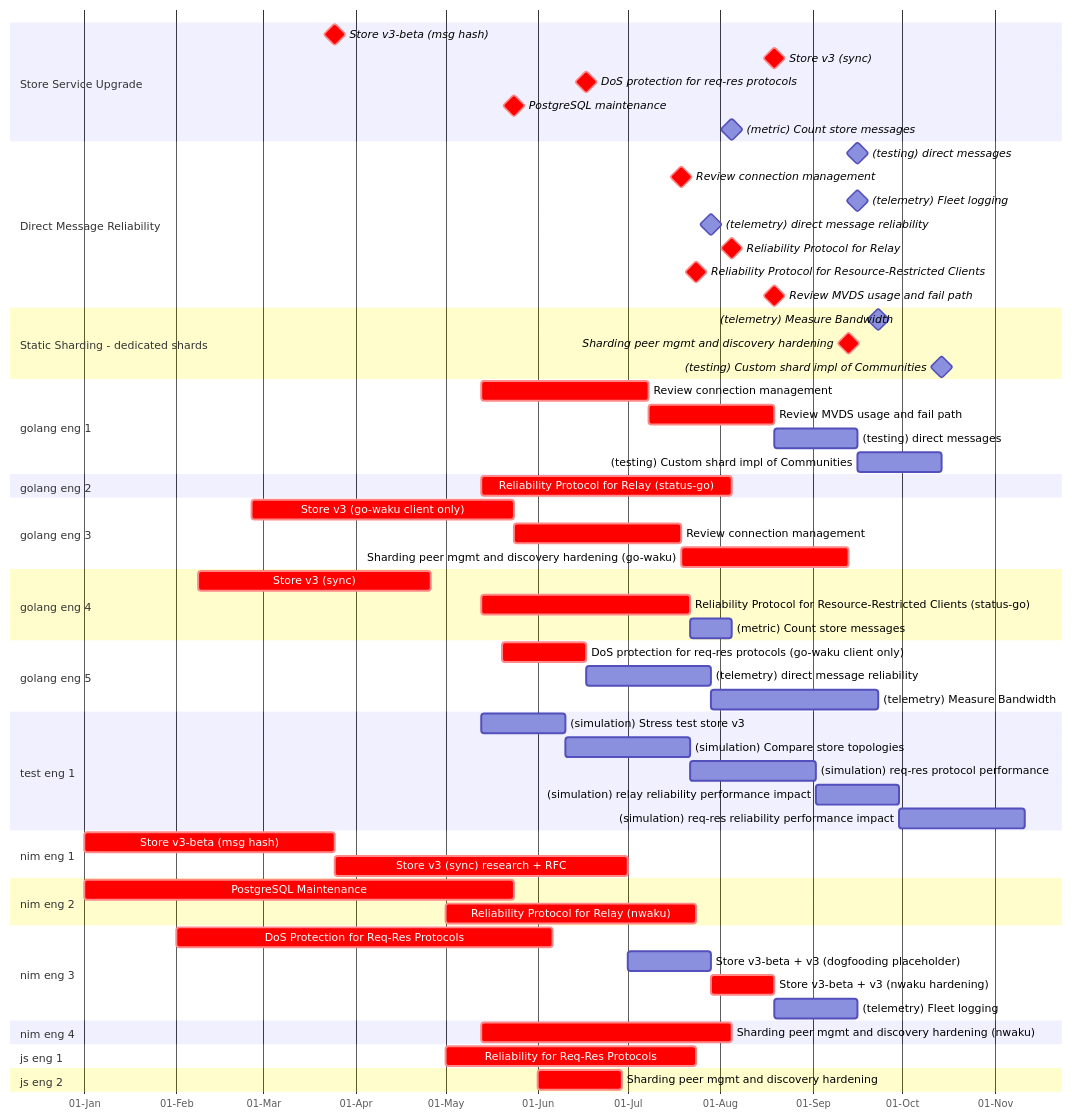
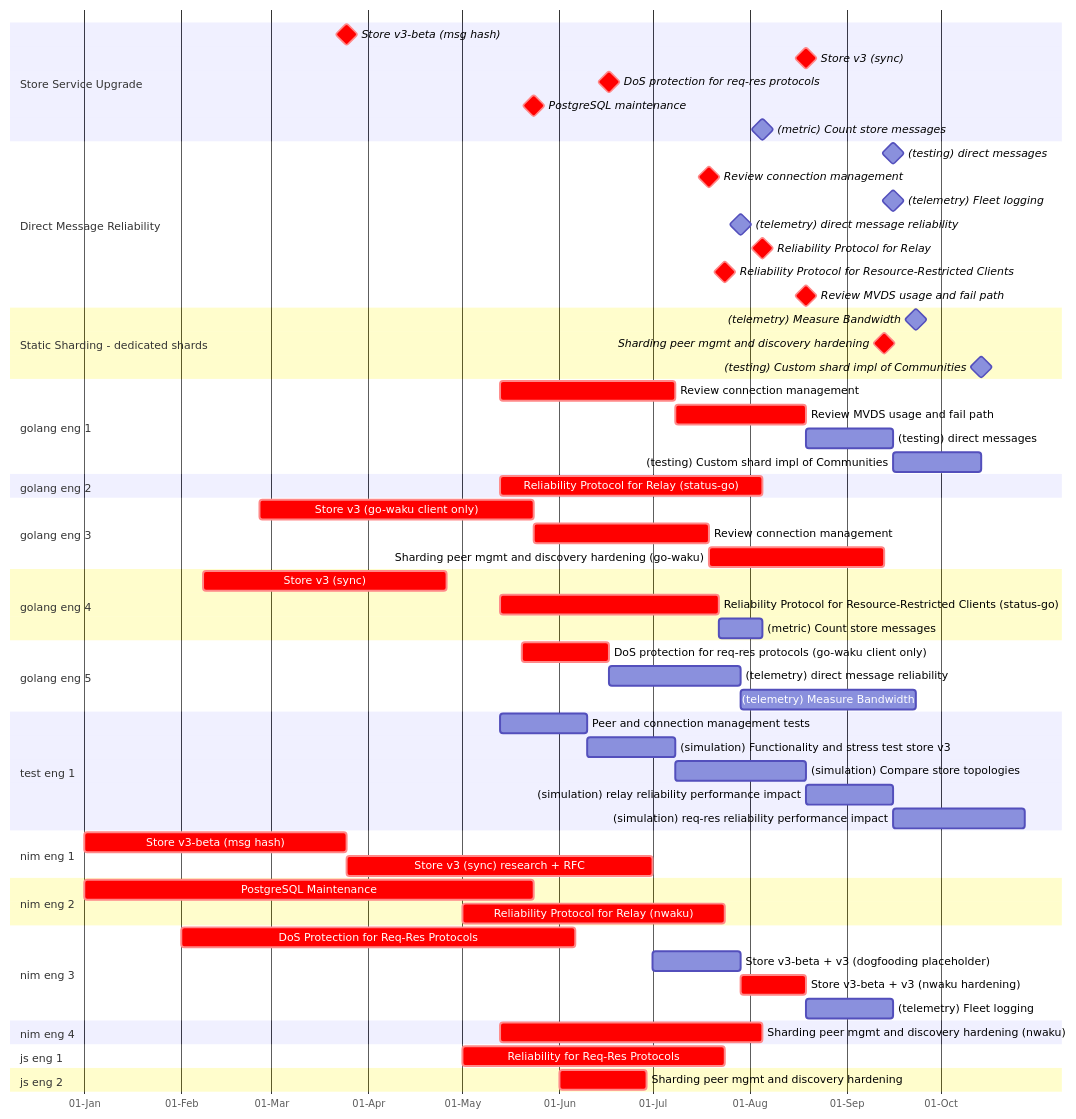
The diagram in content/waku/2024-gantt.md (logos-co/roadmap), drawn with Mermaid before and after one commit.

Commit message:
update test engineer

```diff
--- a/content/waku/2024-gantt.md
+++ b/content/waku/2024-gantt.md
@@ -69,15 +69,14 @@
         (telemetry) Measure Bandwidth: telem-bandwidth, after telem-d-msg-rel, 8w
     section test eng 1
         %% TBC estimate
-        %% This is Store Service Upgrade - item (1) in DST simulation - start with small scale to get faster results 
-        (simulation) Stress test store v3: sim-storev3, 2024-05-13, 4w
+        Peer and connection management tests: sim-conn-mgmt, 2024-05-13, 4w
+        %% TBC estimate
+        (simulation) Functionality and stress test store v3: sim-storev3, after sim-conn-mgmt, 4w
         %% TBC estimate
         %% This is Store Service Upgrade - item (2) in DST simulation - start with small scale to get faster results
         (simulation) Compare store topologies: sim-store-cmp, after sim-storev3, 6w
-        %% TBC estimate/priority
-        (simulation) req-res protocol performance: sim-req-res, after sim-store-cmp, 6w
         %% TBC estimate
-        (simulation) relay reliability performance impact: sim-relay-rel, after sim-req-res rel-relay-g rel-relay-n, 4w
+        (simulation) relay reliability performance impact: sim-relay-rel, after sim-store-cmp sim-req-res rel-relay-g rel-relay-n, 4w
         %% TBC estimate
         (simulation) req-res reliability performance impact: sim-reqres-rel, after sim-relay-rel rel-reqres-g, 6w
     section nim eng 1
```
